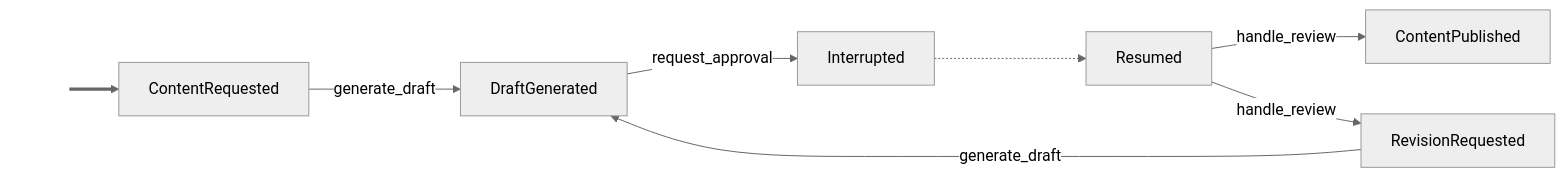
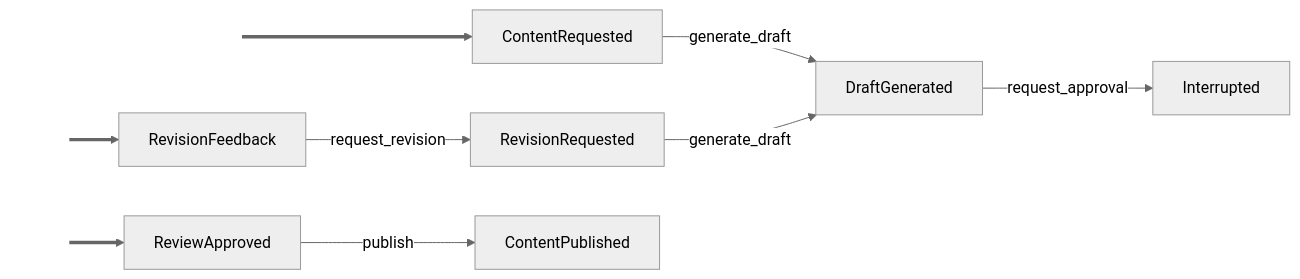
One commit to cadance-io/langgraph-events changed the diagram in examples/human_in_the_loop.graph.md. Above: the diagram before and after it, drawn with Mermaid (neutral theme). The commit also changed 5 other files, not shown here.

````diff
--- a/examples/human_in_the_loop.graph.md
+++ b/examples/human_in_the_loop.graph.md
@@ -4,12 +4,13 @@
 ```mermaid
 graph LR
     classDef entry fill:none,stroke:none,color:none
     _e0_[ ]:::entry ==> ContentRequested
+    _e1_[ ]:::entry ==> ReviewApproved
+    _e2_[ ]:::entry ==> RevisionFeedback
     ContentRequested -->|generate_draft| DraftGenerated
     RevisionRequested -->|generate_draft| DraftGenerated
     DraftGenerated -->|request_approval| Interrupted
-    Resumed -->|handle_review| ContentPublished
-    Resumed -->|handle_review| RevisionRequested
-    Interrupted -.-> Resumed
+    ReviewApproved -->|publish| ContentPublished
+    RevisionFeedback -->|request_revision| RevisionRequested
 %% Side-effect handlers: audit_trail (Auditable)
 ```
````
